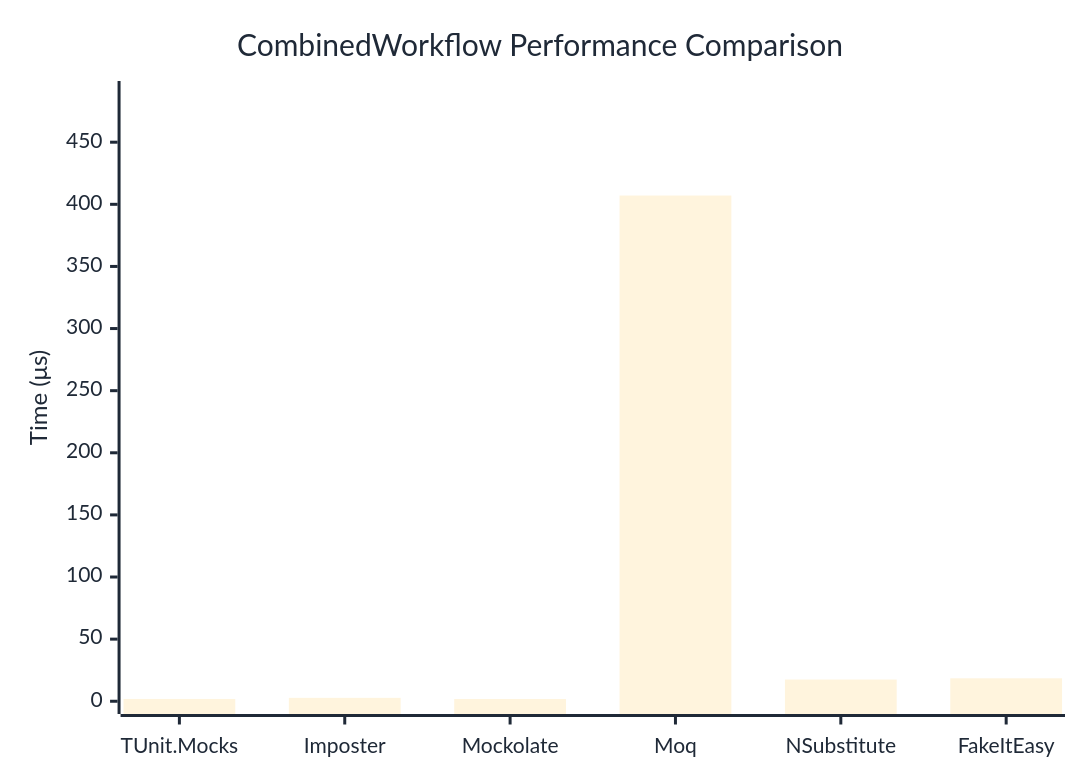
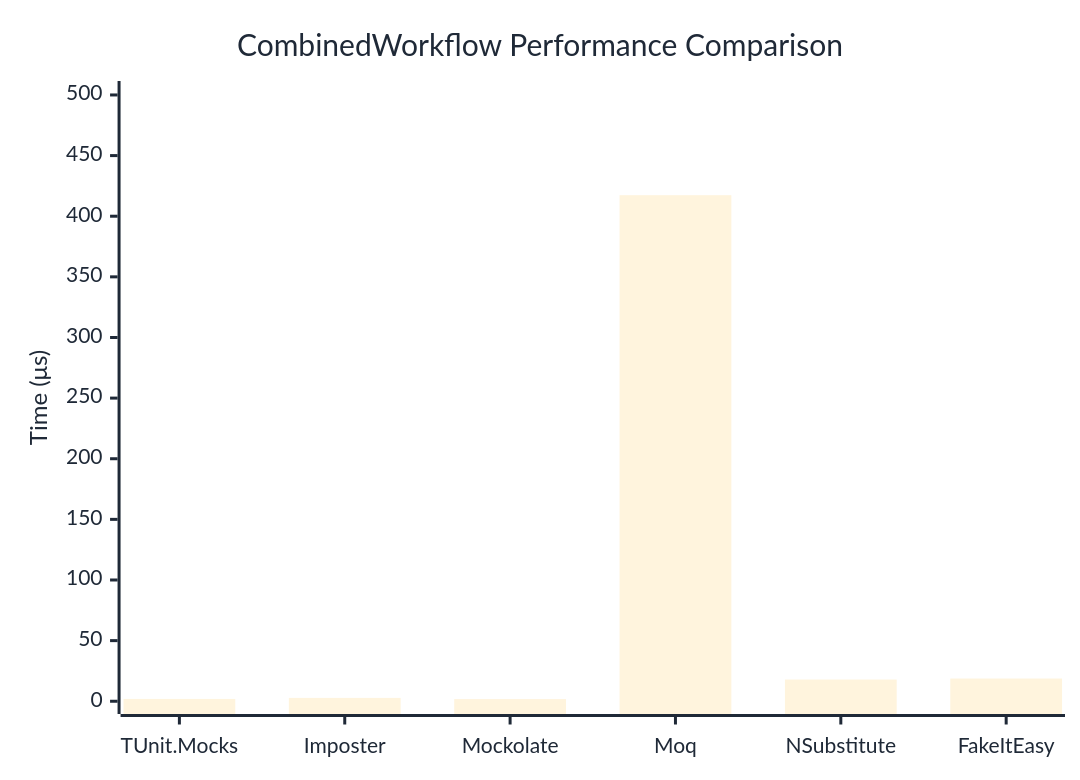
One commit to thomhurst/TUnit changed the diagram in docs/docs/benchmarks/mocks/CombinedWorkflow.md. Above: the diagram before and after it, drawn with Mermaid. The commit also changed other lines of this file and 14 other files, not shown here.

````diff
--- a/docs/docs/benchmarks/mocks/CombinedWorkflow.md
+++ b/docs/docs/benchmarks/mocks/CombinedWorkflow.md
@@ -30,27 +30,27 @@
 ```mermaid
 %%{init: {
   'theme':'base',
   'themeVariables': {
     'primaryColor': '#2563eb',
     'primaryTextColor': '#1f2937',
     'primaryBorderColor': '#1e40af',
     'lineColor': '#6b7280',
     'secondaryColor': '#7c3aed',
     'tertiaryColor': '#dc2626',
     'background': '#ffffff',
     'pie1': '#2563eb',
     'pie2': '#7c3aed',
     'pie3': '#dc2626',
     'pie4': '#f59e0b',
     'pie5': '#10b981',
     'pie6': '#06b6d4',
     'pie7': '#ec4899',
     'pie8': '#6366f1'
   }
 }}%%
 xychart-beta
   title "CombinedWorkflow Performance Comparison"
   x-axis ["TUnit.Mocks", "Imposter", "Mockolate", "Moq", "NSubstitute", "FakeItEasy"]
-  y-axis "Time (μs)" 0 --> 489
-  bar [1.839, 2.729, 1.788, 407.074, 17.485, 18.476]
+  y-axis "Time (μs)" 0 --> 501
+  bar [1.9, 2.77, 1.793, 417.335, 17.907, 18.73]
 ```
````
